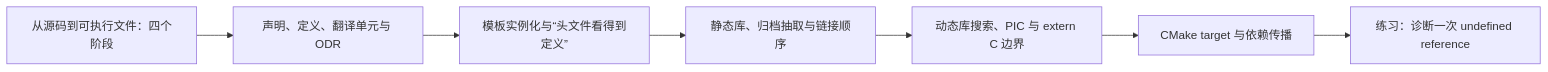
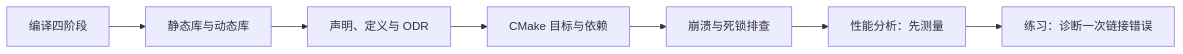
Before and after one commit to yjwyyds1/Summary_of_Notes: the diagram in 八股/学习/学习导航/2026-10-28-学习导航.md, drawn with Mermaid. The commit also changed other lines of this file and 172 other files, not shown here.

````diff
--- a/八股/学习/学习导航/2026-10-28-学习导航.md
+++ b/八股/学习/学习导航/2026-10-28-学习导航.md
@@ -15,9 +18,9 @@
 ```mermaid
 flowchart LR
-  A["从源码到可执行文件：四个阶段"] --> B["声明、定义、翻译单元与 ODR"]
-  B["声明、定义、翻译单元与 ODR"] --> C["模板实例化与“头文件看得到定义”"]
-  C["模板实例化与“头文件看得到定义”"] --> D["静态库、归档抽取与链接顺序"]
-  D["静态库、归档抽取与链接顺序"] --> E["动态库搜索、PIC 与 extern C 边界"]
-  E["动态库搜索、PIC 与 extern C 边界"] --> F["CMake target 与依赖传播"]
-  F["CMake target 与依赖传播"] --> G["练习：诊断一次 undefined reference"]
+  A["编译四阶段"] --> B["静态库与动态库"]
+  B --> C["声明、定义与 ODR"]
+  C --> D["CMake 目标与依赖"]
+  D --> E["崩溃与死锁排查"]
+  E --> F["性能分析：先测量"]
+  F --> G["练习：诊断一次链接错误"]
 ```
````
